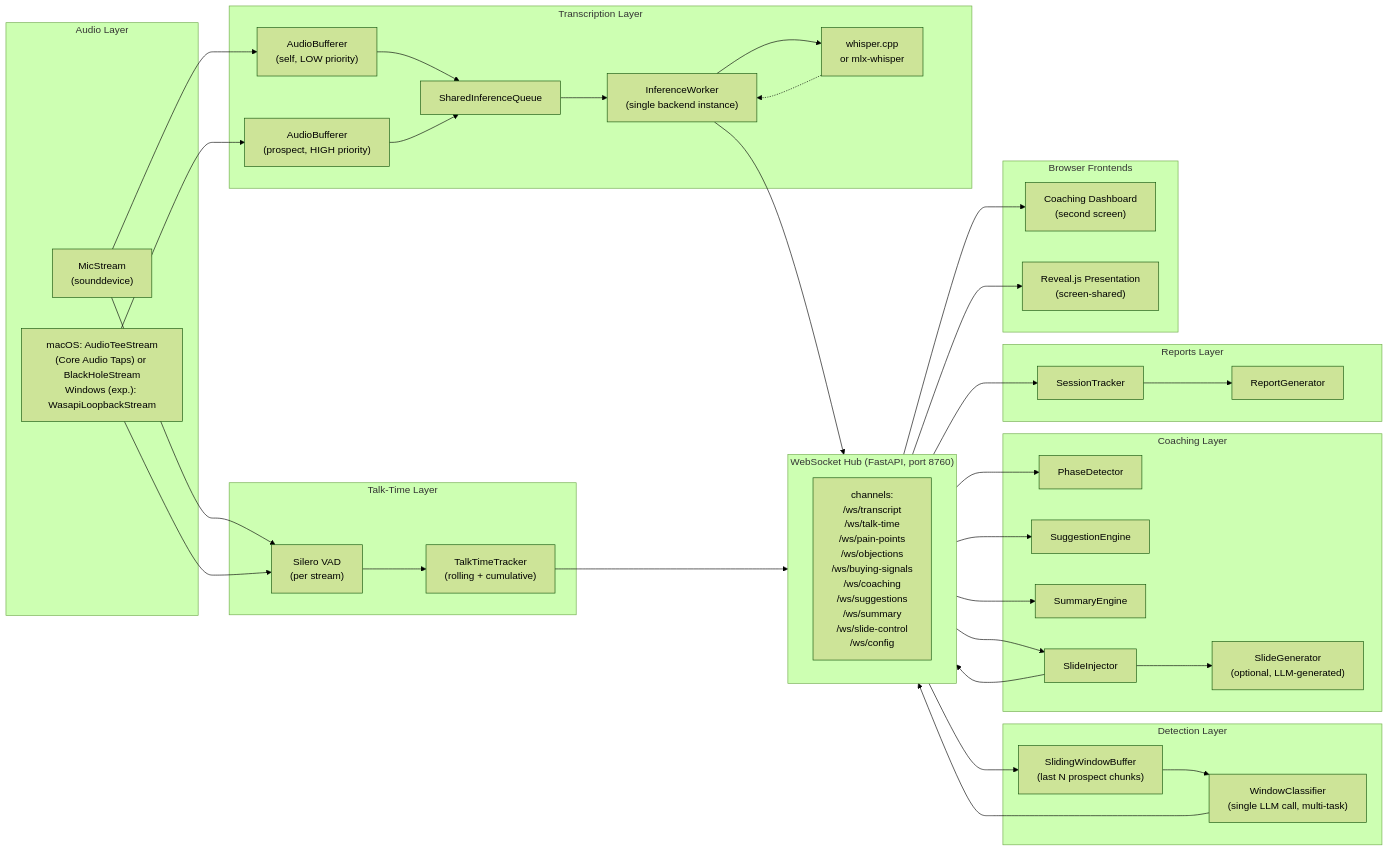
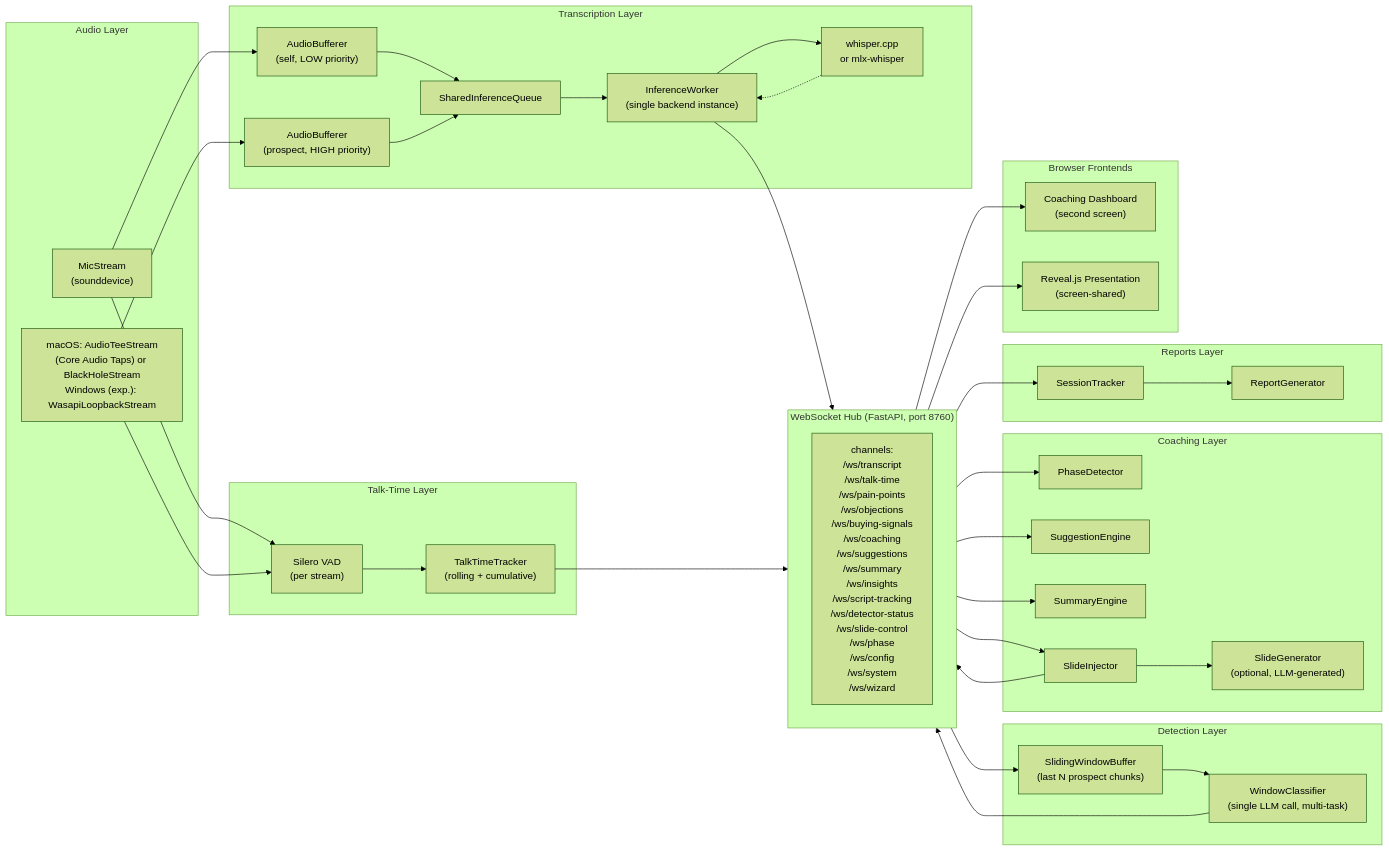
The second of 2 diagrams in docs/ARCHITECTURE.md (Vinix24/OnCue), drawn with Mermaid (forest theme) before and after one commit. The commit also changed other lines of this file and 222 other files, not shown here.

````diff
--- a/docs/ARCHITECTURE.md
+++ b/docs/ARCHITECTURE.md
@@ -53,73 +58,73 @@
 ```mermaid
 graph LR
     subgraph audio["Audio Layer"]
         MIC["MicStream\n(sounddevice)"]
         SYS["macOS: AudioTeeStream\n(Core Audio Taps) or BlackHoleStream\nWindows (exp.): WasapiLoopbackStream"]
     end
 
     subgraph transcription["Transcription Layer"]
         BUF1["AudioBufferer\n(self, LOW priority)"]
         BUF2["AudioBufferer\n(prospect, HIGH priority)"]
         QUEUE["SharedInferenceQueue"]
         WORKER["InferenceWorker\n(single backend instance)"]
         BACKEND["whisper.cpp\nor mlx-whisper"]
     end
 
     subgraph talktime["Talk-Time Layer"]
         VAD["Silero VAD\n(per stream)"]
         TRACKER["TalkTimeTracker\n(rolling + cumulative)"]
     end
 
     subgraph detection["Detection Layer"]
         WINDOW["SlidingWindowBuffer\n(last N prospect chunks)"]
         CLASSIFIER["WindowClassifier\n(single LLM call, multi-task)"]
     end
 
     subgraph coaching["Coaching Layer"]
         PHASE["PhaseDetector"]
         SUGGEST["SuggestionEngine"]
         SUMMARY["SummaryEngine"]
         INJECTOR["SlideInjector"]
         SLIDEGEN["SlideGenerator\n(optional, LLM-generated)"]
     end
 
     subgraph reports["Reports Layer"]
         SESSION["SessionTracker"]
         REPORT["ReportGenerator"]
     end
 
     subgraph hub["WebSocket Hub (FastAPI, port 8760)"]
-        CHANNELS["channels:\n/ws/transcript\n/ws/talk-time\n/ws/pain-points\n/ws/objections\n/ws/buying-signals\n/ws/coaching\n/ws/suggestions\n/ws/summary\n/ws/slide-control\n/ws/config"]
+        CHANNELS["channels:\n/ws/transcript\n/ws/talk-time\n/ws/pain-points\n/ws/objections\n/ws/buying-signals\n/ws/coaching\n/ws/suggestions\n/ws/summary\n/ws/insights\n/ws/script-tracking\n/ws/detector-status\n/ws/slide-control\n/ws/phase\n/ws/config\n/ws/system\n/ws/wizard"]
     end
 
     subgraph browser["Browser Frontends"]
         DASH["Coaching Dashboard\n(second screen)"]
         REVEAL["Reveal.js Presentation\n(screen-shared)"]
     end
 
     MIC --> VAD
     MIC --> BUF1
     SYS --> VAD
     SYS --> BUF2
     BUF1 --> QUEUE
     BUF2 --> QUEUE
     QUEUE --> WORKER
     WORKER --> BACKEND
     BACKEND -.-> WORKER
     WORKER --> hub
     VAD --> TRACKER
     TRACKER --> hub
     hub --> WINDOW
     WINDOW --> CLASSIFIER
     CLASSIFIER --> hub
     hub --> PHASE
     hub --> SUGGEST
     hub --> SUMMARY
     hub --> INJECTOR
     INJECTOR --> hub
     INJECTOR --> SLIDEGEN
     hub --> SESSION
     SESSION --> REPORT
     hub --> DASH
     hub --> REVEAL
 ```
````
